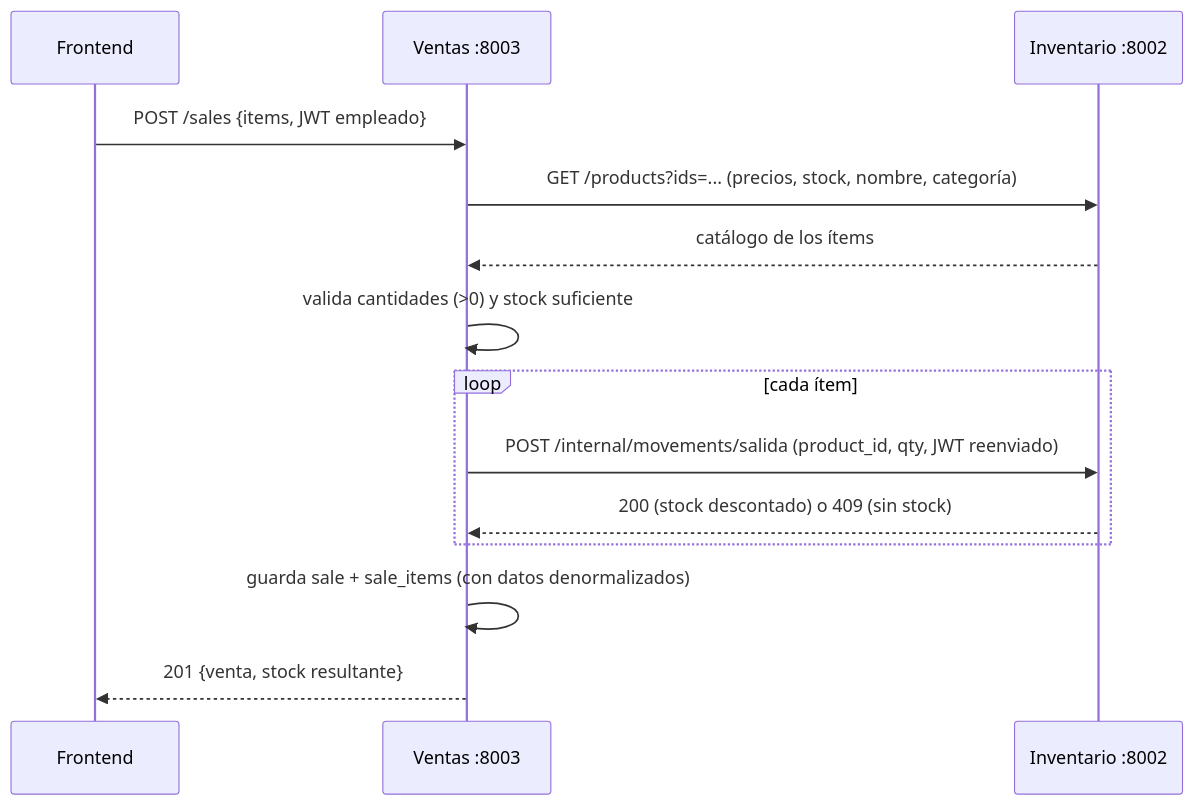
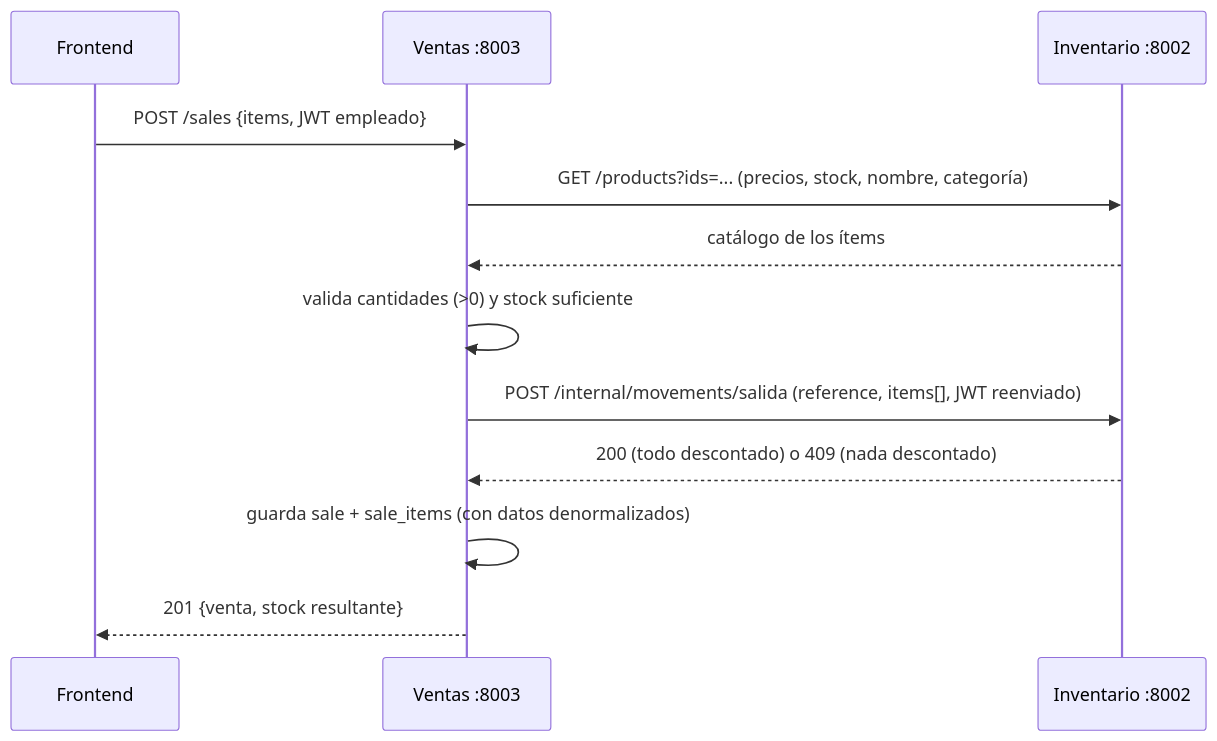
One commit to xulian03/keep-inventory changed the second of 2 diagrams in docs/ARCHITECTURE.md. Above: the diagram before and after it, drawn with Mermaid. The commit also changed other lines of this file and 13 other files, not shown here.

````diff
--- a/docs/ARCHITECTURE.md
+++ b/docs/ARCHITECTURE.md
@@ -160,16 +163,14 @@
 ```mermaid
 sequenceDiagram
     participant FE as Frontend
     participant SA as Ventas :8003
     participant IN as Inventario :8002
     FE->>SA: POST /sales {items, JWT empleado}
     SA->>IN: GET /products?ids=... (precios, stock, nombre, categoría)
     IN-->>SA: catálogo de los ítems
     SA->>SA: valida cantidades (>0) y stock suficiente
-    loop cada ítem
-        SA->>IN: POST /internal/movements/salida (product_id, qty, JWT reenviado)
-        IN-->>SA: 200 (stock descontado) o 409 (sin stock)
-    end
+    SA->>IN: POST /internal/movements/salida (reference, items[], JWT reenviado)
+    IN-->>SA: 200 (todo descontado) o 409 (nada descontado)
     SA->>SA: guarda sale + sale_items (con datos denormalizados)
     SA-->>FE: 201 {venta, stock resultante}
 ```
````
